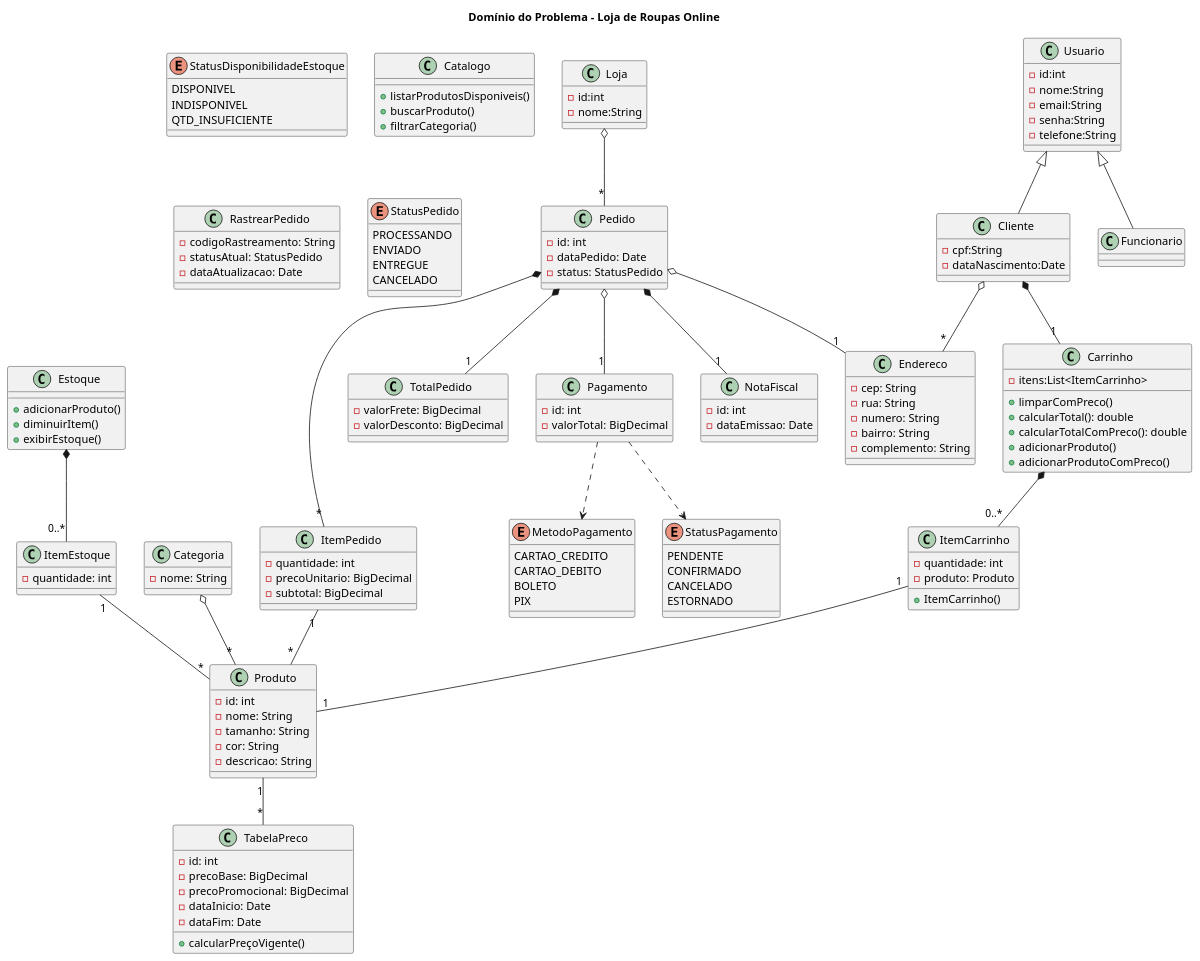
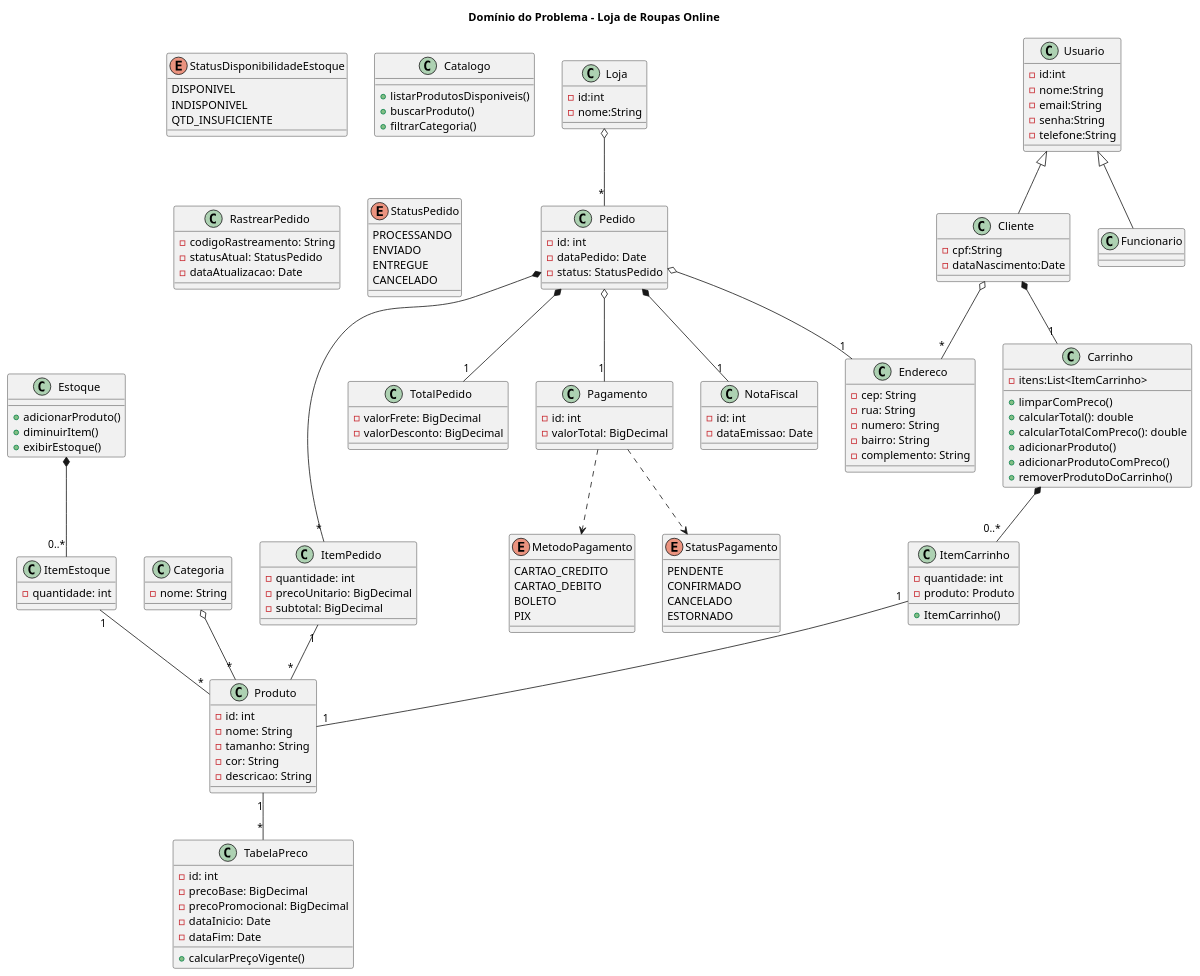
Before and after one commit to Wyklify/projeto_lojaOline_final: the first of 2 diagrams in Uml_Final.plantuml, drawn with PlantUML. The commit also changed 7 other files, not shown here.

```diff
--- a/Uml_Final.plantuml
+++ b/Uml_Final.plantuml
@@ -84,6 +84,7 @@
     +calcularTotalComPreco(): double
     +adicionarProduto()
     +adicionarProdutoComPreco()
+    +removerProdutoDoCarrinho()
 }
 
 class Catalogo {
```
